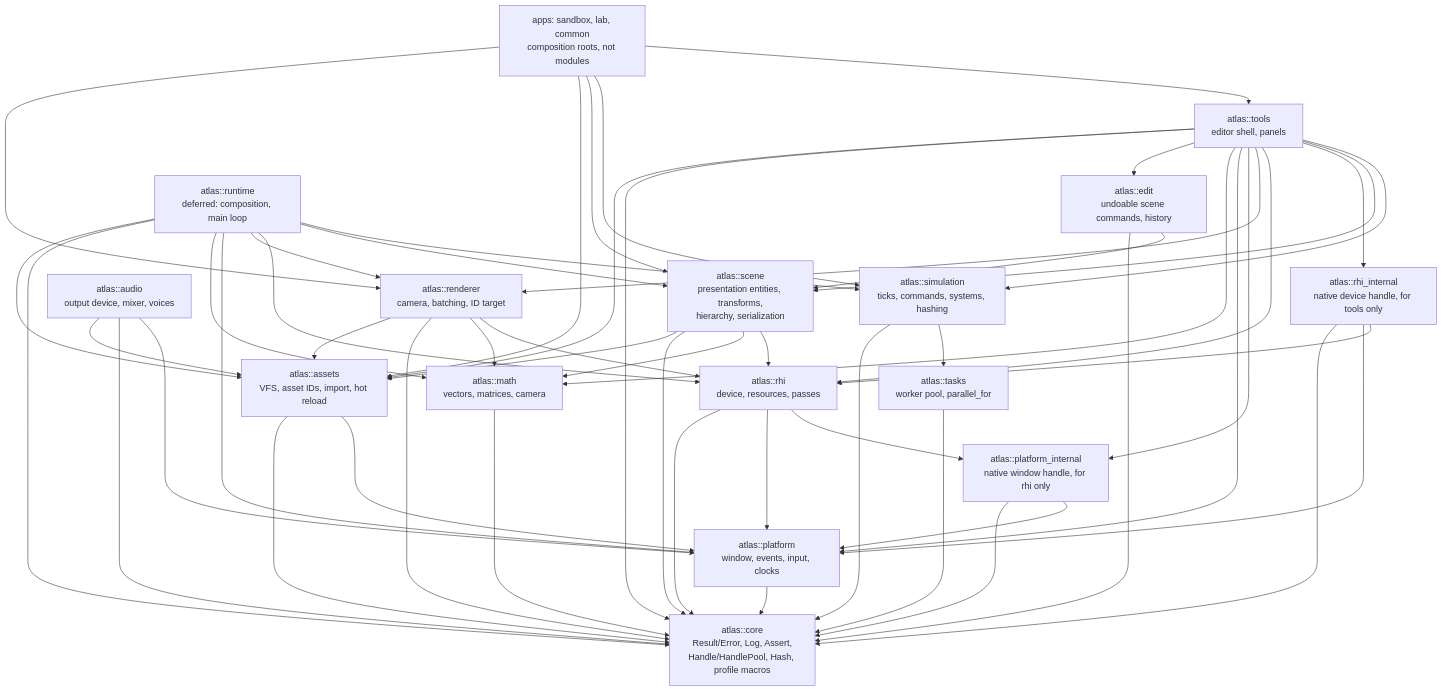
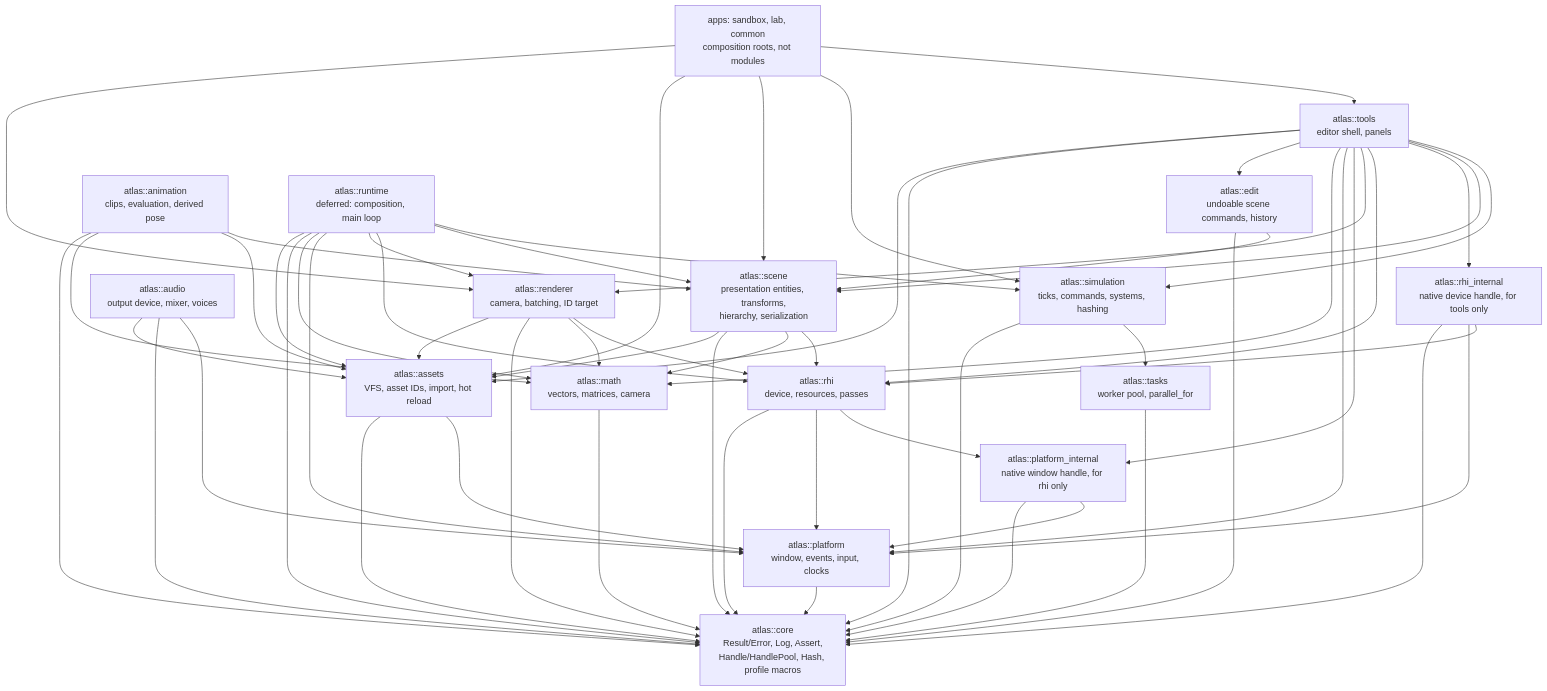
Before and after one commit to happyc0der/atlas-engine: the first of 2 diagrams in docs/ARCHITECTURE.md, drawn with Mermaid. The commit also changed other lines of this file and 7 other files, not shown here.

````diff
--- a/docs/ARCHITECTURE.md
+++ b/docs/ARCHITECTURE.md
@@ -11,73 +11,78 @@
 ```mermaid
 graph TD
   core[atlas::core<br/>Result/Error, Log, Assert,<br/>Handle/HandlePool, Hash, profile macros]
   math[atlas::math<br/>vectors, matrices, camera]
   platform[atlas::platform<br/>window, events, input, clocks]
   platform_internal[atlas::platform_internal<br/>native window handle, for rhi only]
   tasks[atlas::tasks<br/>worker pool, parallel_for]
   rhi[atlas::rhi<br/>device, resources, passes]
   rhi_internal[atlas::rhi_internal<br/>native device handle, for tools only]
   renderer[atlas::renderer<br/>camera, batching, ID target]
   assets[atlas::assets<br/>VFS, asset IDs, import, hot reload]
   audio[atlas::audio<br/>output device, mixer, voices]
   scene[atlas::scene<br/>presentation entities, transforms,<br/>hierarchy, serialization]
   edit[atlas::edit<br/>undoable scene commands, history]
+  animation[atlas::animation<br/>clips, evaluation, derived pose]
   simulation[atlas::simulation<br/>ticks, commands, systems, hashing]
   runtime[atlas::runtime<br/>deferred: composition, main loop]
   tools[atlas::tools<br/>editor shell, panels]
   apps[apps: sandbox, lab, common<br/>composition roots, not modules]
 
   math --> core
   platform --> core
   platform_internal --> core
   platform_internal --> platform
   tasks --> core
   rhi --> core
   rhi --> platform
   rhi --> platform_internal
   rhi_internal --> core
   rhi_internal --> platform
   rhi_internal --> rhi
   renderer --> assets
   renderer --> core
   renderer --> math
   renderer --> rhi
   assets --> core
   assets --> platform
   audio --> assets
   audio --> core
   audio --> platform
   scene --> assets
   scene --> core
   scene --> math
   scene --> rhi
   edit --> core
   edit --> scene
+  animation --> core
+  animation --> math
+  animation --> assets
+  animation --> scene
   simulation --> core
   simulation --> tasks
   runtime --> assets
   runtime --> core
   runtime --> math
   runtime --> platform
   runtime --> renderer
   runtime --> rhi
   runtime --> scene
   runtime --> simulation
   tools --> assets
   tools --> core
   tools --> edit
   tools --> math
   tools --> platform
   tools --> platform_internal
   tools --> renderer
   tools --> rhi
   tools --> rhi_internal
   tools --> scene
   tools --> simulation
 
   apps --> renderer
   apps --> assets
   apps --> scene
   apps --> simulation
   apps --> tools
 ```
````
